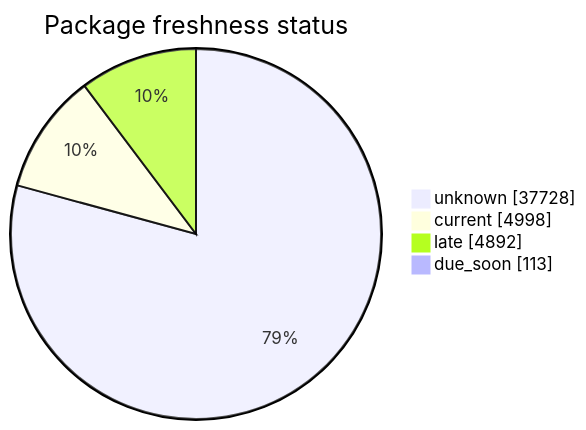
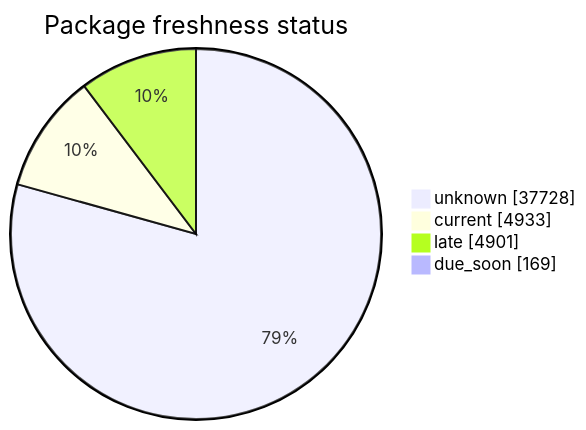
The second of 5 diagrams in FreshCheck/README.md (open-data/analytics-corporate-reporting), drawn with Mermaid before and after one commit. The commit also changed other lines of this file and 3 other files, not shown here.

````diff
--- a/FreshCheck/README.md
+++ b/FreshCheck/README.md
@@ -68,7 +68,7 @@
 ```mermaid
 pie showData title Package freshness status
     "unknown": 37728
-    "current": 4998
-    "late": 4892
-    "due_soon": 113
+    "current": 4933
+    "late": 4901
+    "due_soon": 169
 ```
````
